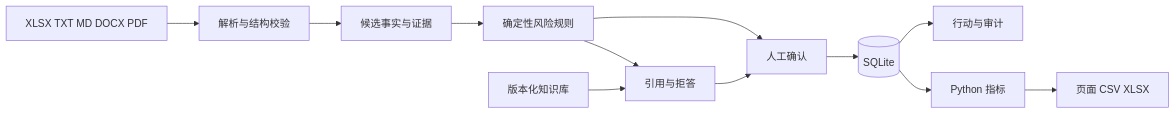
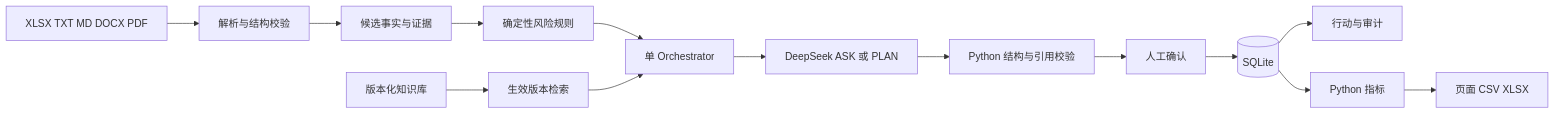
The diagram in docs/V2_ARCHITECTURE.md (rbZhucc08/SaaSGuide), drawn with Mermaid before and after one commit. The commit also changed other lines of this file and 20 other files, not shown here.

````diff
--- a/docs/V2_ARCHITECTURE.md
+++ b/docs/V2_ARCHITECTURE.md
@@ -3,14 +3,16 @@
 ```mermaid
 flowchart LR
     A[XLSX TXT MD DOCX PDF] --> B[解析与结构校验]
     B --> C[候选事实与证据]
     C --> D[确定性风险规则]
-    D --> E[人工确认]
-    K[版本化知识库] --> F[引用与拒答]
-    D --> F
-    F --> E
+    D --> O[单 Orchestrator]
+    K[版本化知识库] --> R[生效版本检索]
+    R --> O
+    O --> M[DeepSeek ASK 或 PLAN]
+    M --> V[Python 结构与引用校验]
+    V --> E[人工确认]
     E --> G[(SQLite)]
     G --> H[行动与审计]
     G --> I[Python 指标]
     I --> J[页面 CSV XLSX]
 ```
````
